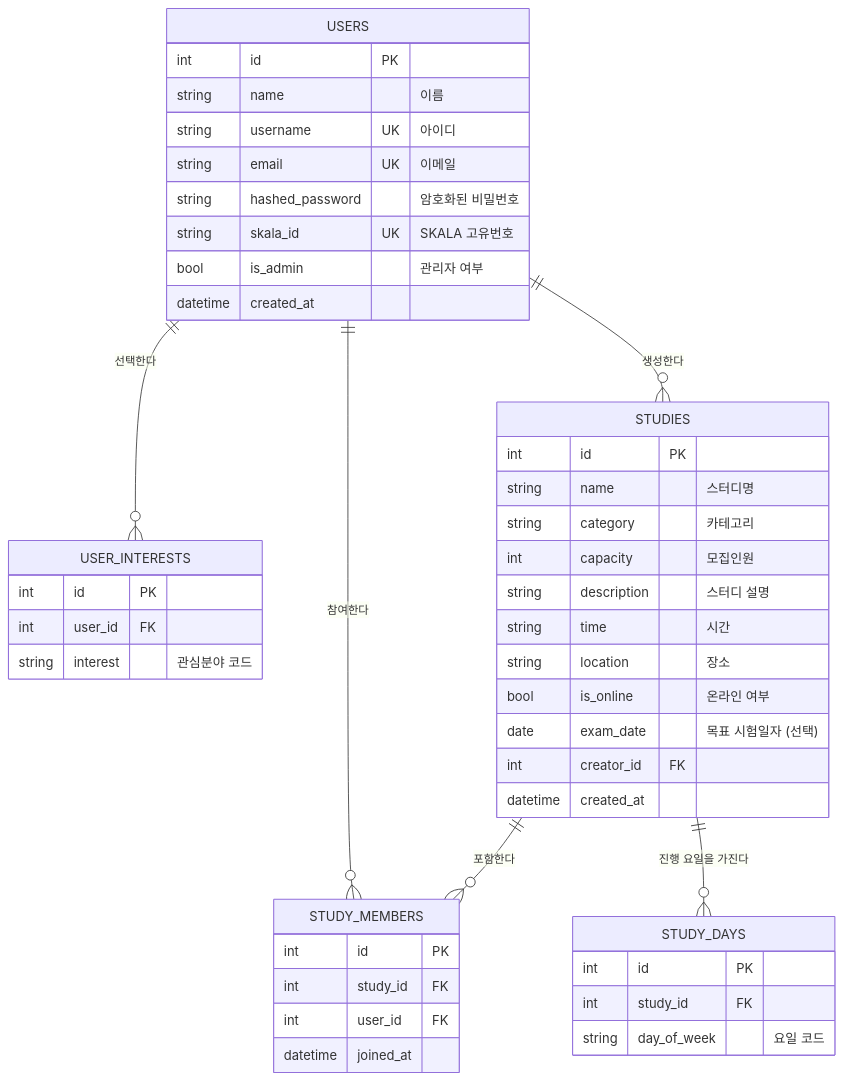
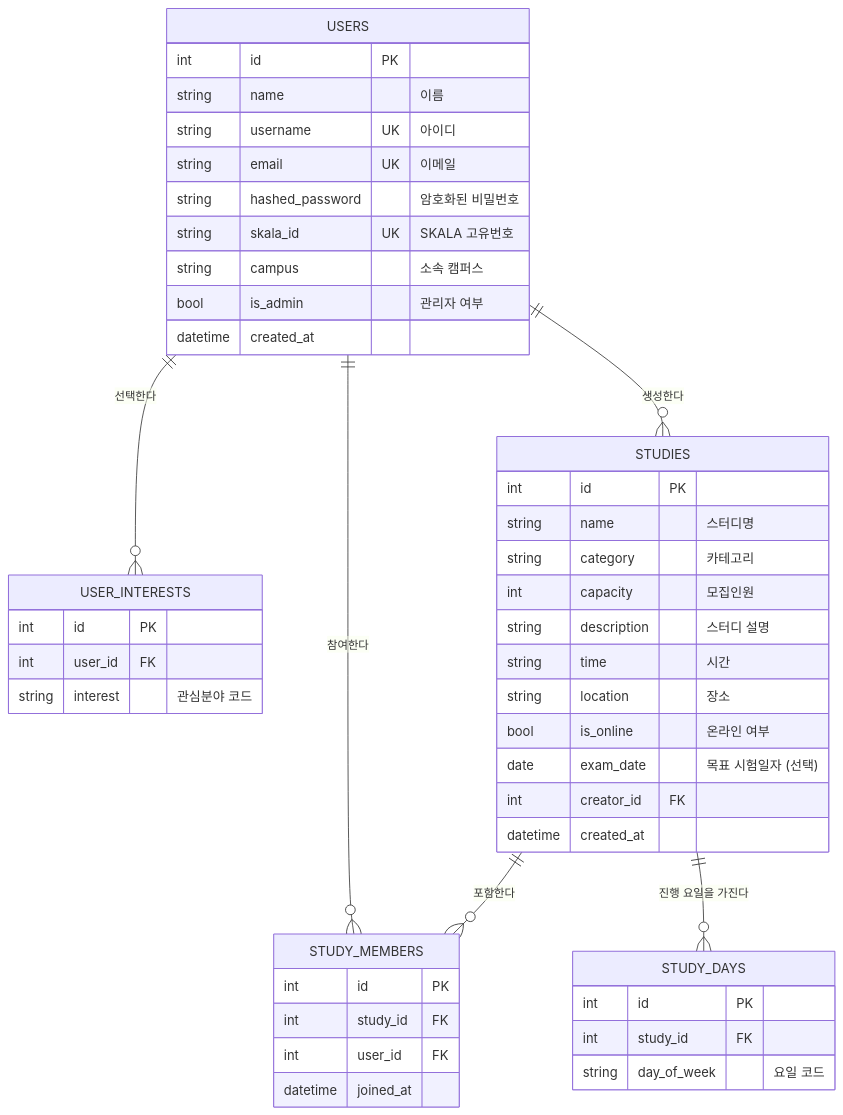
One commit to shinsoyoung1085-netizen/skala-study-platform changed the diagram in docs/ERD.md. Above: the diagram before and after it, drawn with Mermaid. The commit also changed other lines of this file and 15 other files, not shown here.

````diff
--- a/docs/ERD.md
+++ b/docs/ERD.md
@@ -20,52 +20,53 @@
 ```mermaid
 erDiagram
     USERS ||--o{ USER_INTERESTS : "선택한다"
     USERS ||--o{ STUDIES : "생성한다"
     USERS ||--o{ STUDY_MEMBERS : "참여한다"
     STUDIES ||--o{ STUDY_MEMBERS : "포함한다"
     STUDIES ||--o{ STUDY_DAYS : "진행 요일을 가진다"
 
     USERS {
         int id PK
         string name "이름"
         string username UK "아이디"
         string email UK "이메일"
         string hashed_password "암호화된 비밀번호"
         string skala_id UK "SKALA 고유번호"
+        string campus "소속 캠퍼스"
         bool is_admin "관리자 여부"
         datetime created_at
     }
 
     USER_INTERESTS {
         int id PK
         int user_id FK
         string interest "관심분야 코드"
     }
 
     STUDIES {
         int id PK
         string name "스터디명"
         string category "카테고리"
         int capacity "모집인원"
         string description "스터디 설명"
         string time "시간"
         string location "장소"
         bool is_online "온라인 여부"
         date exam_date "목표 시험일자 (선택)"
         int creator_id FK
         datetime created_at
     }
 
     STUDY_DAYS {
         int id PK
         int study_id FK
         string day_of_week "요일 코드"
     }
 
     STUDY_MEMBERS {
         int id PK
         int study_id FK
         int user_id FK
         datetime joined_at
     }
 ```
````
